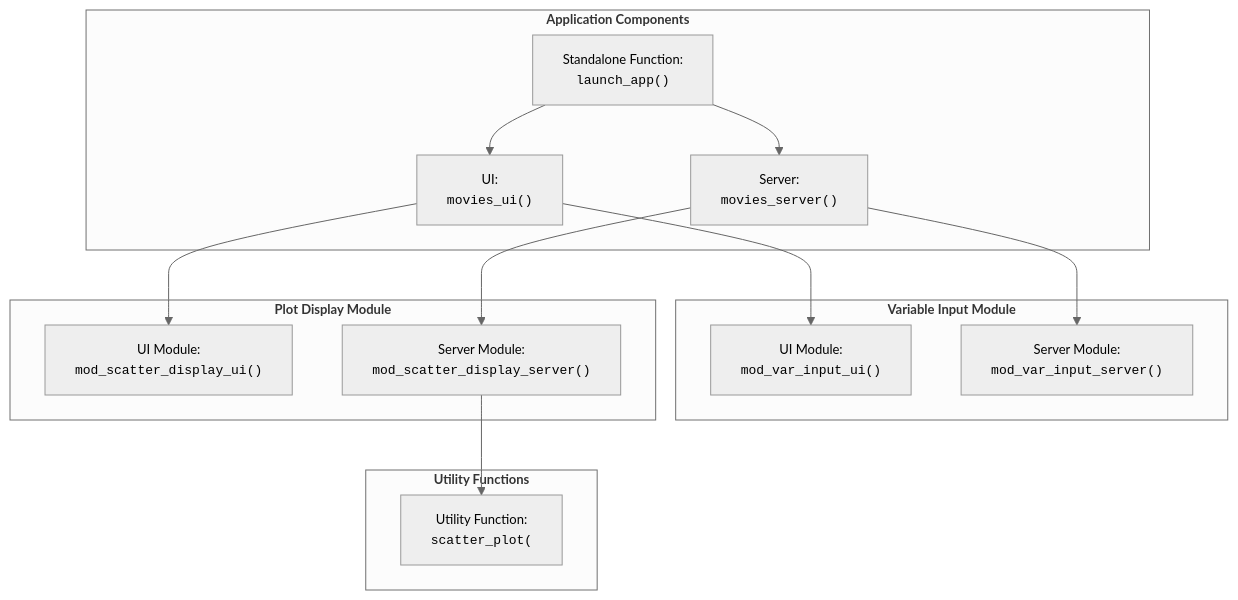
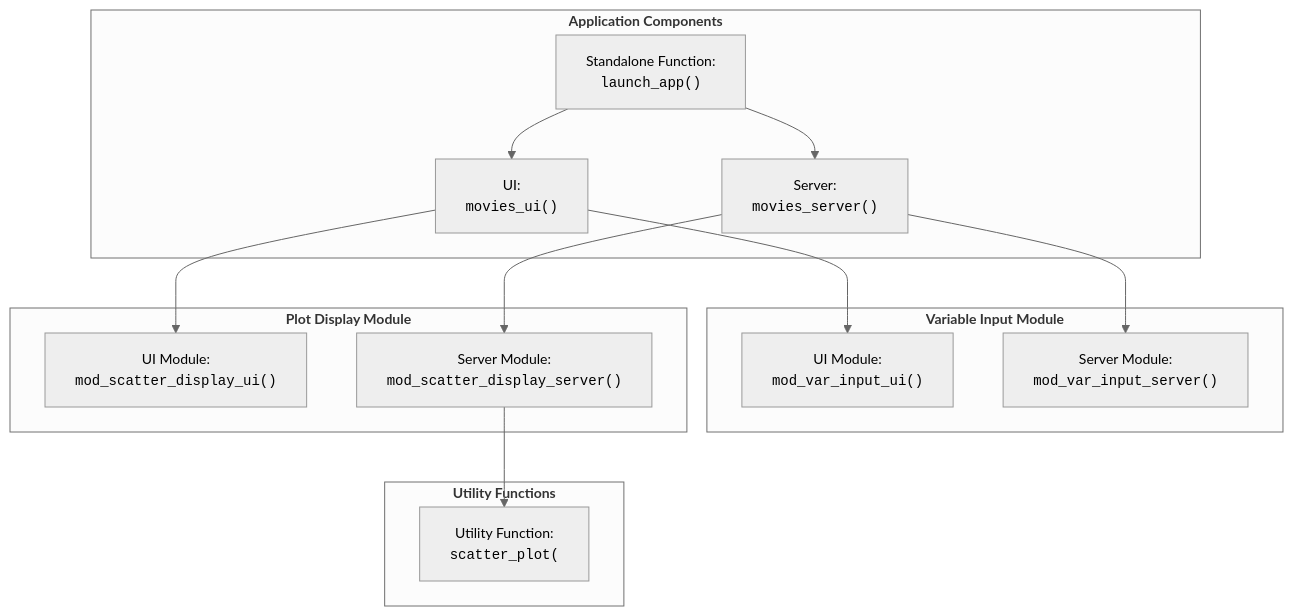
One commit to mjfrigaard/shiny-app-pkgs changed the fifth of 5 diagrams in document.qmd. Above: the diagram before and after it, drawn with Mermaid. The commit also changed other lines of this file and 26 other files, not shown here.

````diff
--- a/document.qmd
+++ b/document.qmd
@@ -1071,29 +1074,29 @@
 ```{mermaid}
 %%| fig-cap: 'The updated `@family` tag'
 %%| fig-align: center
-%%{init: {'theme': 'neutral', 'themeVariables': { 'fontFamily': 'monospace', "fontSize":"13px"}}}%%
+%%{init: {'theme': 'neutral', 'themeVariables': { 'fontFamily': 'monospace', "fontSize":"14px"}}}%%
 flowchart TD
     subgraph AppCom["<strong>Application Components</strong>"]
         launch_app["Standalone Function:<br><code>launch_app()</code>"]
         UI["UI:<br><code>movies_ui()</code>"]
         Server["Server:<br><code>movies_server()</code>"]
     end
     subgraph Vars["<strong>Variable Input Module</strong>"]
         mod_var_input_ui["UI Module:<br><code>mod_var_input_ui()</code>"]
         mod_var_input_server["Server Module:<br><code>mod_var_input_server()</code>"]
     end
     subgraph Graph["<strong>Plot Display Module</strong>"]
         mod_scatter_display_ui["UI Module:<br><code>mod_scatter_display_ui()</code>"]
         mod_scatter_display_server["Server Module:<br><code>mod_scatter_display_server()</code>"]
     end
     subgraph Utils["<strong>Utility Functions</strong>"]
         scatter_plot["Utility Function:<br><code>scatter_plot(</code>"]
     end
 
     launch_app --> UI
     launch_app --> Server
     UI --> mod_var_input_ui
     UI --> mod_scatter_display_ui
     Server --> mod_var_input_server
     Server --> mod_scatter_display_server --> scatter_plot
 ```
````
